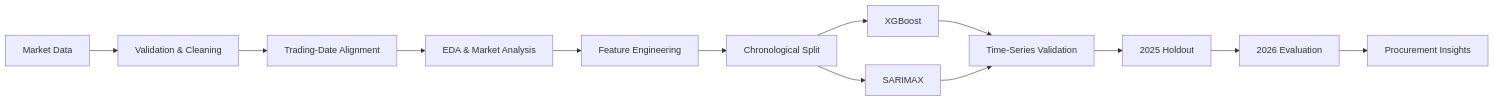
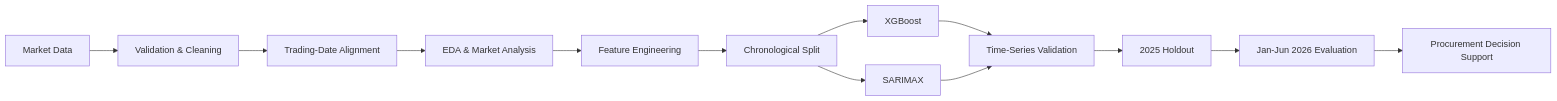
One commit to ShivamRajput22/Newcastle-coal-price-forecasting changed the first of 4 diagrams in README.md. Above: the diagram before and after it, drawn with Mermaid. The commit also changed other lines of this file, not shown here.

````diff
--- a/README.md
+++ b/README.md
@@ -95,18 +193,18 @@
 ```mermaid
 flowchart LR
-    A[Market Data] --> B[Validation & Cleaning]
-    B --> C[Trading-Date Alignment]
-    C --> D[EDA & Market Analysis]
-    D --> E[Feature Engineering]
-    E --> F[Chronological Split]
+    A["Market Data"] --> B["Validation & Cleaning"]
+    B --> C["Trading-Date Alignment"]
+    C --> D["EDA & Market Analysis"]
+    D --> E["Feature Engineering"]
+    E --> F["Chronological Split"]
 
-    F --> G[XGBoost]
-    F --> H[SARIMAX]
+    F --> G["XGBoost"]
+    F --> H["SARIMAX"]
 
-    G --> I[Time-Series Validation]
+    G --> I["Time-Series Validation"]
     H --> I
 
-    I --> J[2025 Holdout]
-    J --> K[2026 Evaluation]
-    K --> L[Procurement Insights]
+    I --> J["2025 Holdout"]
+    J --> K["Jan-Jun 2026 Evaluation"]
+    K --> L["Procurement Decision Support"]
 ```
````
